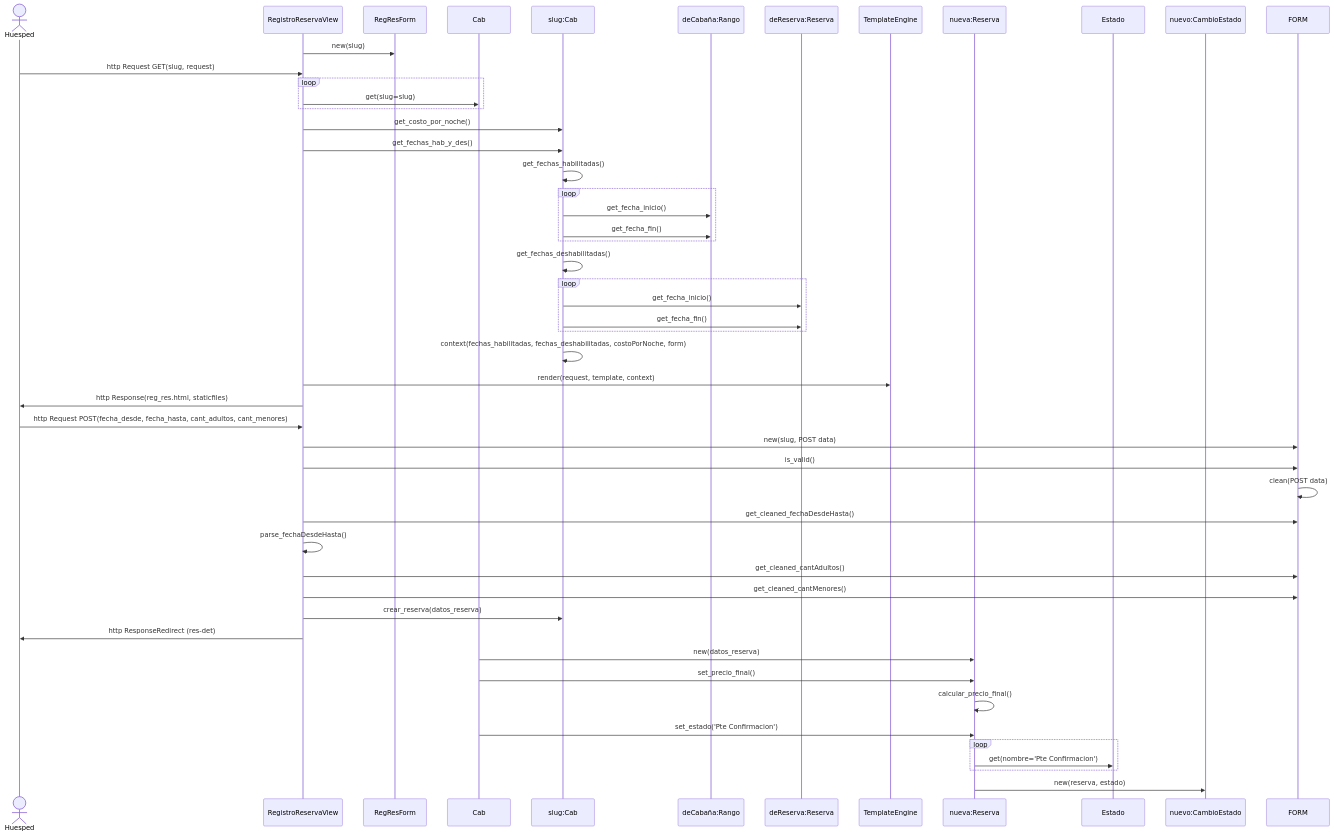
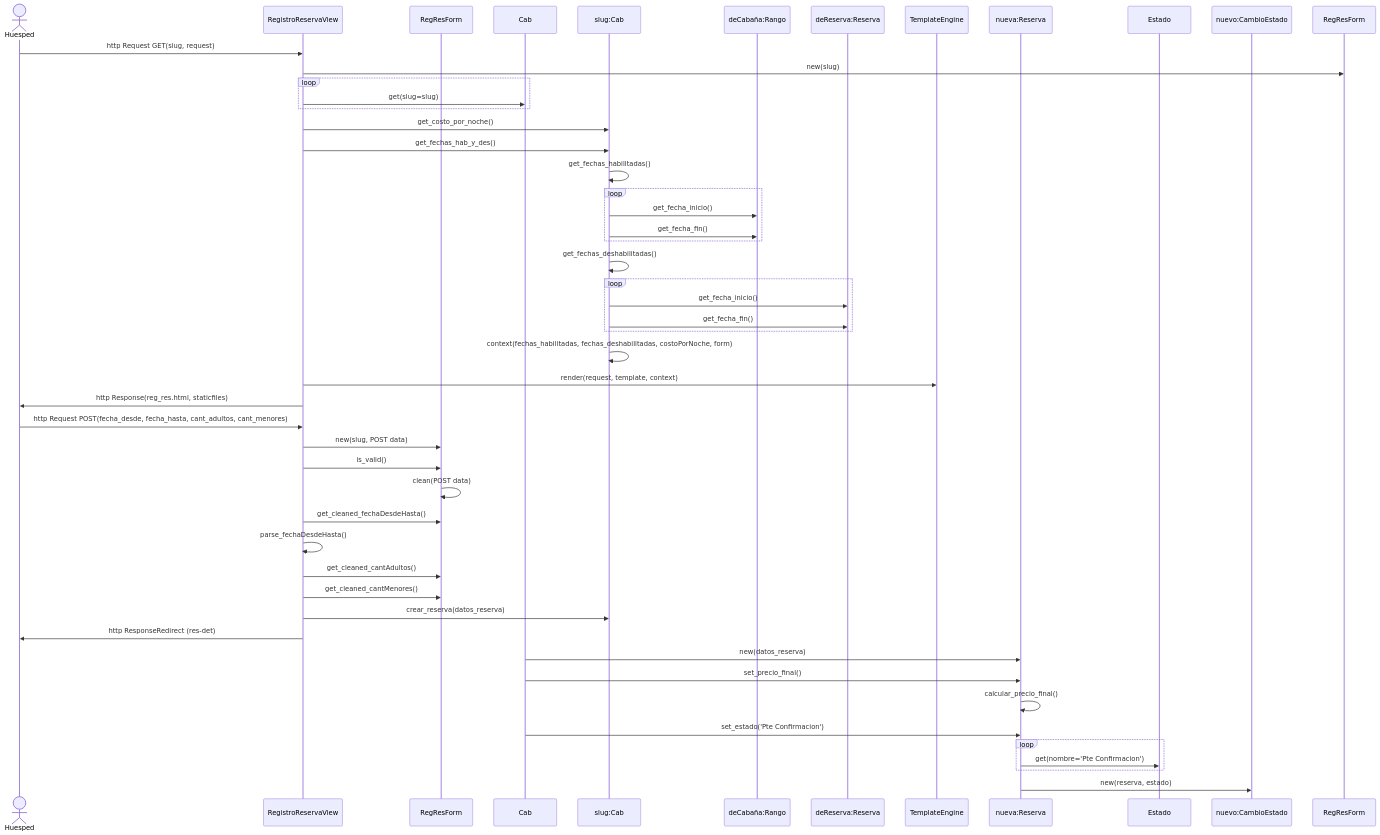
Before and after one commit to samuel-andres/djangohp: the second of 2 diagrams in README.md, drawn with Mermaid.

````diff
--- a/README.md
+++ b/README.md
@@ -122,51 +122,52 @@
 ``` mermaid
 sequenceDiagram
     actor HUE as Huesped
     participant VIEW as RegistroReservaView
-    VIEW ->> RegResForm: new(slug)
+    PARTICIPANT FORM as RegResForm
     participant CAB as Cab
     participant ACAB as slug:Cab
     participant RANGO as deCabaña:Rango
     participant RESERVA as deReserva:Reserva
     participant TEMP_ENG as TemplateEngine
     participant NRES as nueva:Reserva
     participant ESTADO as Estado
     participant NCE as nuevo:CambioEstado
     HUE ->> VIEW: http Request GET(slug, request)
+    VIEW ->> RegResForm: new(slug)
     loop 
         VIEW ->> CAB: get(slug=slug)
     end
     VIEW ->> ACAB: get_costo_por_noche()
     VIEW ->> ACAB: get_fechas_hab_y_des()
     ACAB ->> ACAB: get_fechas_habilitadas()
     loop
         ACAB ->> RANGO: get_fecha_inicio()
         ACAB ->> RANGO: get_fecha_fin()
     end
     ACAB ->> ACAB: get_fechas_deshabilitadas()
     loop
         ACAB ->> RESERVA: get_fecha_inicio()
         ACAB ->> RESERVA: get_fecha_fin()
     end
     ACAB ->> ACAB: context(fechas_habilitadas, fechas_deshabilitadas, costoPorNoche, form)
     VIEW ->> TEMP_ENG: render(request, template, context)
     VIEW ->> HUE: http Response(reg_res.html, staticfiles)
     HUE ->> VIEW: http Request POST(fecha_desde, fecha_hasta, cant_adultos, cant_menores)
     VIEW ->> FORM: new(slug, POST data)
     VIEW ->> FORM: is_valid()
     FORM ->> FORM: clean(POST data)
     VIEW ->> FORM: get_cleaned_fechaDesdeHasta()
     VIEW ->> VIEW: parse_fechaDesdeHasta()
     VIEW ->> FORM: get_cleaned_cantAdultos()
     VIEW ->> FORM: get_cleaned_cantMenores()
     VIEW ->> ACAB: crear_reserva(datos_reserva)
     VIEW ->> HUE: http ResponseRedirect (res-det)
     CAB ->> NRES: new(datos_reserva)
     CAB ->> NRES: set_precio_final()
     NRES ->> NRES: calcular_precio_final()
     CAB ->> NRES: set_estado('Pte Confirmacion')
     loop
         NRES ->> ESTADO: get(nombre='Pte Confirmacion')
     end
     NRES ->> NCE: new(reserva, estado)
 ```
````
